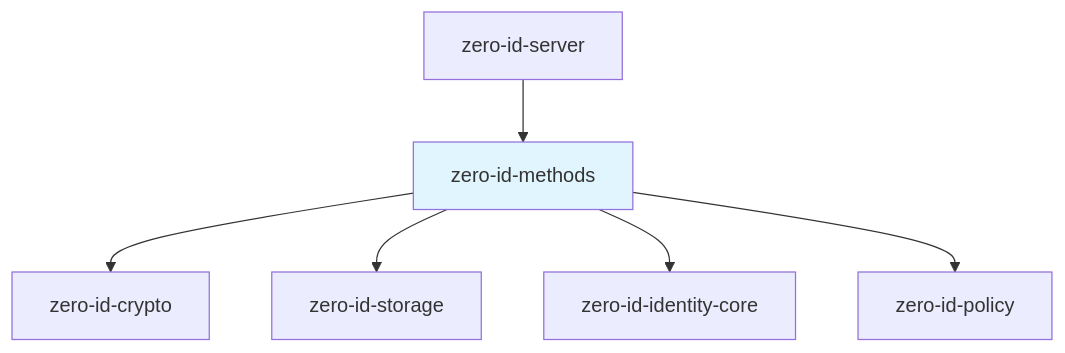
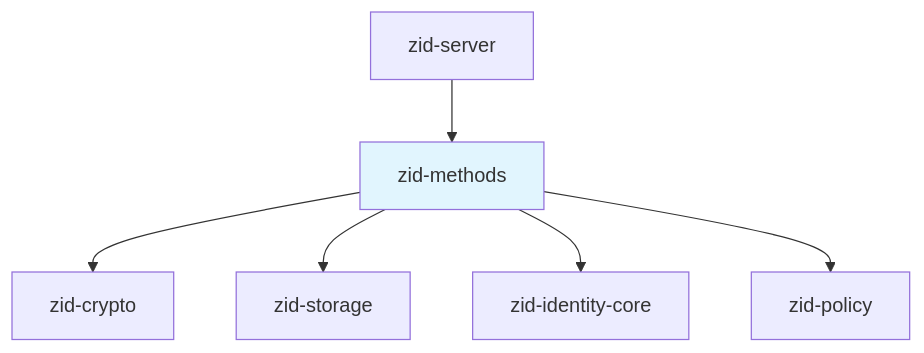
The first of 10 diagrams in docs/spec/v0.1/07-methods.md (cypher-asi/zero-auth), drawn with Mermaid before and after one commit. The commit also changed other lines of this file and 240 other files, not shown here.

Commit message:
refactor: shorten crate names from zero-id-* to zid-* prefix

````diff
--- a/docs/spec/v0.1/07-methods.md
+++ b/docs/spec/v0.1/07-methods.md
@@ -28,17 +28,17 @@
 ```mermaid
 graph TD
-    CRYPTO[zero-id-crypto]
-    STORAGE[zero-id-storage]
-    IDENTITY[zero-id-identity-core]
-    POLICY[zero-id-policy]
-    METHODS[zero-id-methods]
+    CRYPTO[zid-crypto]
+    STORAGE[zid-storage]
+    IDENTITY[zid-identity-core]
+    POLICY[zid-policy]
+    METHODS[zid-methods]
     
     METHODS --> CRYPTO
     METHODS --> STORAGE
     METHODS --> IDENTITY
     METHODS --> POLICY
     
-    SERVER[zero-id-server] --> METHODS
+    SERVER[zid-server] --> METHODS
     
     style METHODS fill:#e1f5fe
 ```
````
